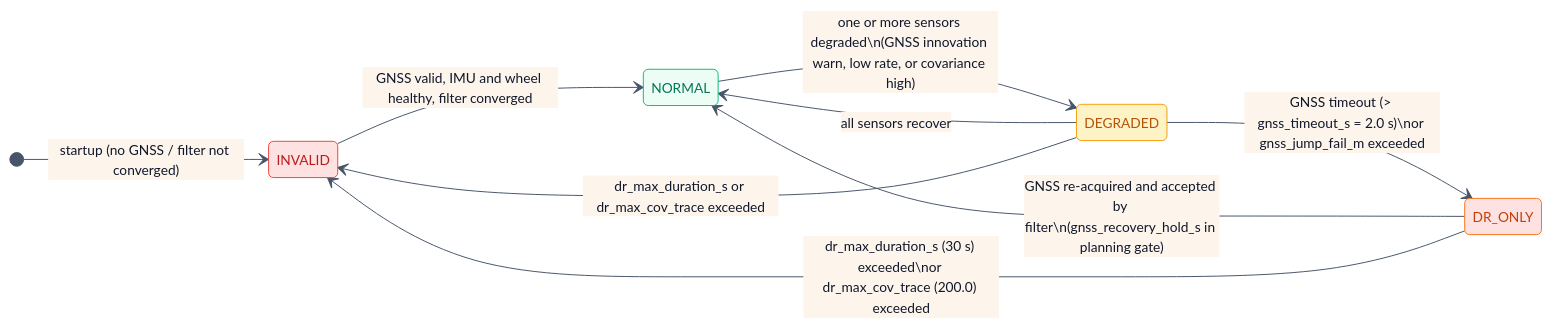
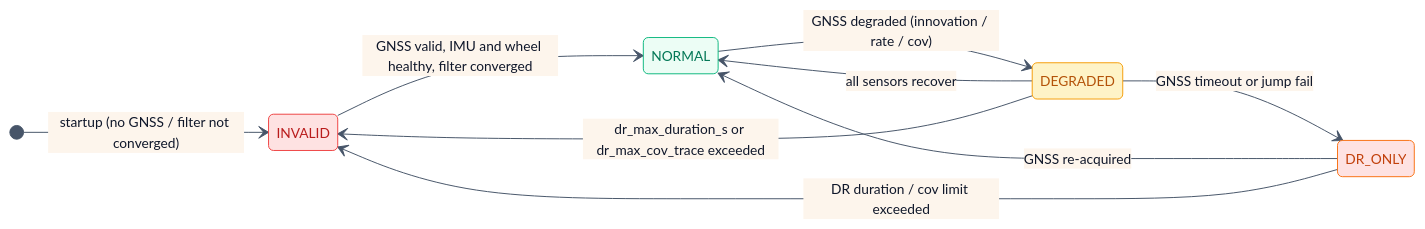
The third of 4 diagrams in camrod_localization/README.md (hwanhonglee/CAMROD), drawn with Mermaid before and after one commit. The commit also changed other lines of this file and 11 other files, not shown here.

First line of the commit message:
docs: fix Mermaid syntax errors and reduce emoji overuse in all READMEs

````diff
--- a/camrod_localization/README.md
+++ b/camrod_localization/README.md
@@ -253,23 +253,23 @@
 ```mermaid
 %%{init: {'theme': 'base', 'themeVariables': {'fontFamily': 'ui-sans-serif, system-ui, sans-serif', 'fontSize': '14px', 'primaryColor': '#ECFDF5', 'primaryTextColor': '#0F172A', 'primaryBorderColor': '#10B981', 'lineColor': '#475569'}}}%%
 stateDiagram-v2
   direction LR
   classDef normal   fill:#ECFDF5,stroke:#10B981,color:#047857
   classDef degraded fill:#FEF3C7,stroke:#F59E0B,color:#B45309
   classDef dronly   fill:#FEE2E2,stroke:#F97316,color:#C2410C
   classDef invalid  fill:#FEE2E2,stroke:#EF4444,color:#B91C1C
 
   [*] --> INVALID : startup (no GNSS / filter not converged)
   INVALID --> NORMAL : GNSS valid, IMU and wheel healthy, filter converged
-  NORMAL --> DEGRADED : one or more sensors degraded\n(GNSS innovation warn, low rate, or covariance high)
+  NORMAL --> DEGRADED : GNSS degraded (innovation / rate / cov)
   DEGRADED --> NORMAL : all sensors recover
-  DEGRADED --> DR_ONLY : GNSS timeout (> gnss_timeout_s = 2.0 s)\nor gnss_jump_fail_m exceeded
-  DR_ONLY --> NORMAL : GNSS re-acquired and accepted by filter\n(gnss_recovery_hold_s in planning gate)
-  DR_ONLY --> INVALID : dr_max_duration_s (30 s) exceeded\nor dr_max_cov_trace (200.0) exceeded
+  DEGRADED --> DR_ONLY : GNSS timeout or jump fail
+  DR_ONLY --> NORMAL : GNSS re-acquired
+  DR_ONLY --> INVALID : DR duration / cov limit exceeded
   DEGRADED --> INVALID : dr_max_duration_s or dr_max_cov_trace exceeded
 
   class NORMAL normal
   class DEGRADED degraded
   class DR_ONLY dronly
   class INVALID invalid
 ```
````
